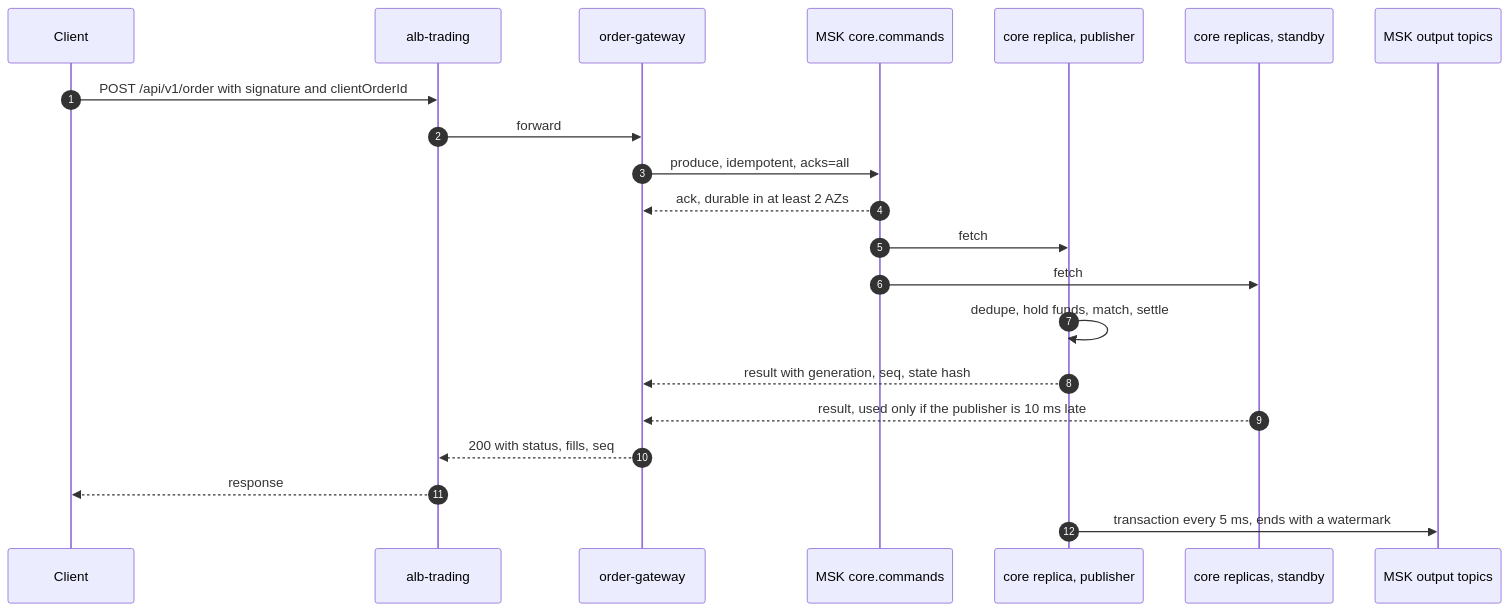
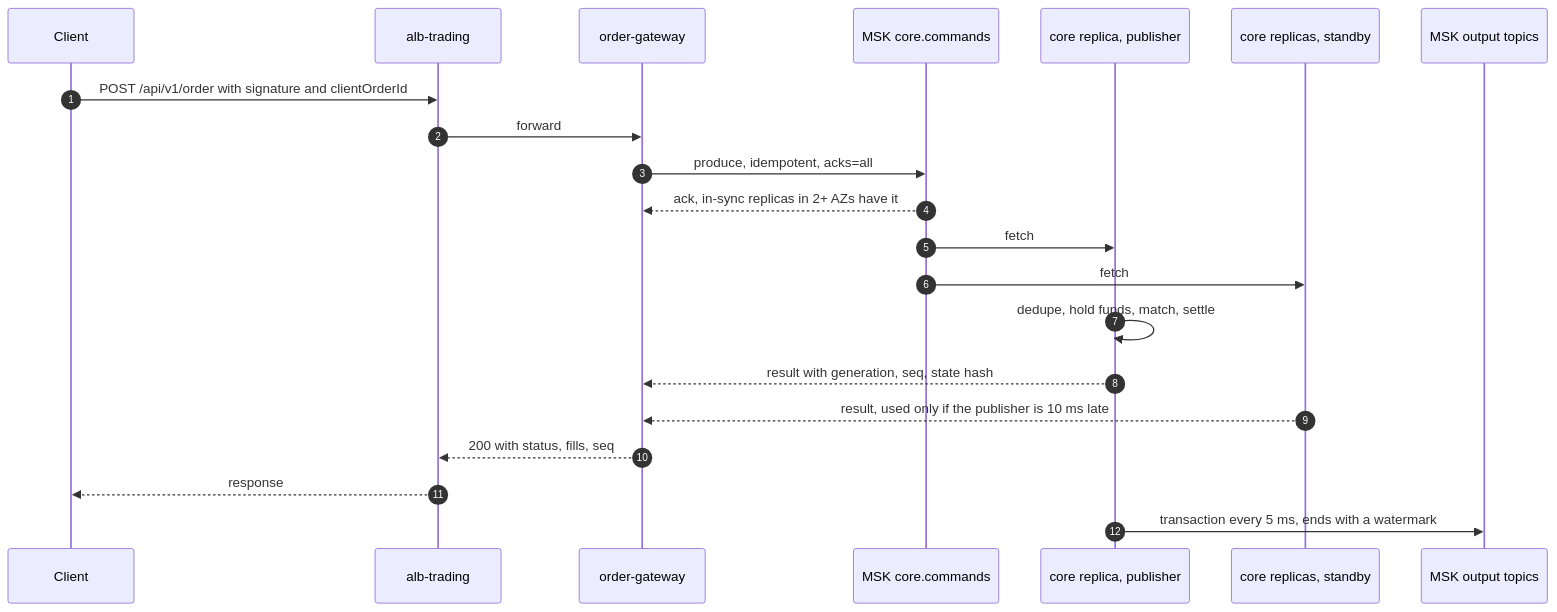
Before and after one commit to thuongnvbk/devops-challenge: the second of 2 diagrams in src/problem1/SOLUTION.md, drawn with Mermaid. The commit also changed other lines of this file and 4 other files, not shown here.

Commit message:
Problem 1: compare against a Postgres single writer, add corruption recovery, render diagrams

````diff
--- a/src/problem1/SOLUTION.md
+++ b/src/problem1/SOLUTION.md
@@ -175,23 +177,23 @@
 ```mermaid
 sequenceDiagram
   autonumber
   participant C as Client
   participant ALB as alb-trading
   participant OG as order-gateway
   participant K as MSK core.commands
   participant P as core replica, publisher
   participant S as core replicas, standby
   participant E as MSK output topics
   C->>ALB: POST /api/v1/order with signature and clientOrderId
   ALB->>OG: forward
   OG->>K: produce, idempotent, acks=all
-  K-->>OG: ack, durable in at least 2 AZs
+  K-->>OG: ack, in-sync replicas in 2+ AZs have it
   K->>P: fetch
   K->>S: fetch
   P->>P: dedupe, hold funds, match, settle
   P-->>OG: result with generation, seq, state hash
   S-->>OG: result, used only if the publisher is 10 ms late
   OG-->>ALB: 200 with status, fills, seq
   ALB-->>C: response
   P->>E: transaction every 5 ms, ends with a watermark
 ```
````
